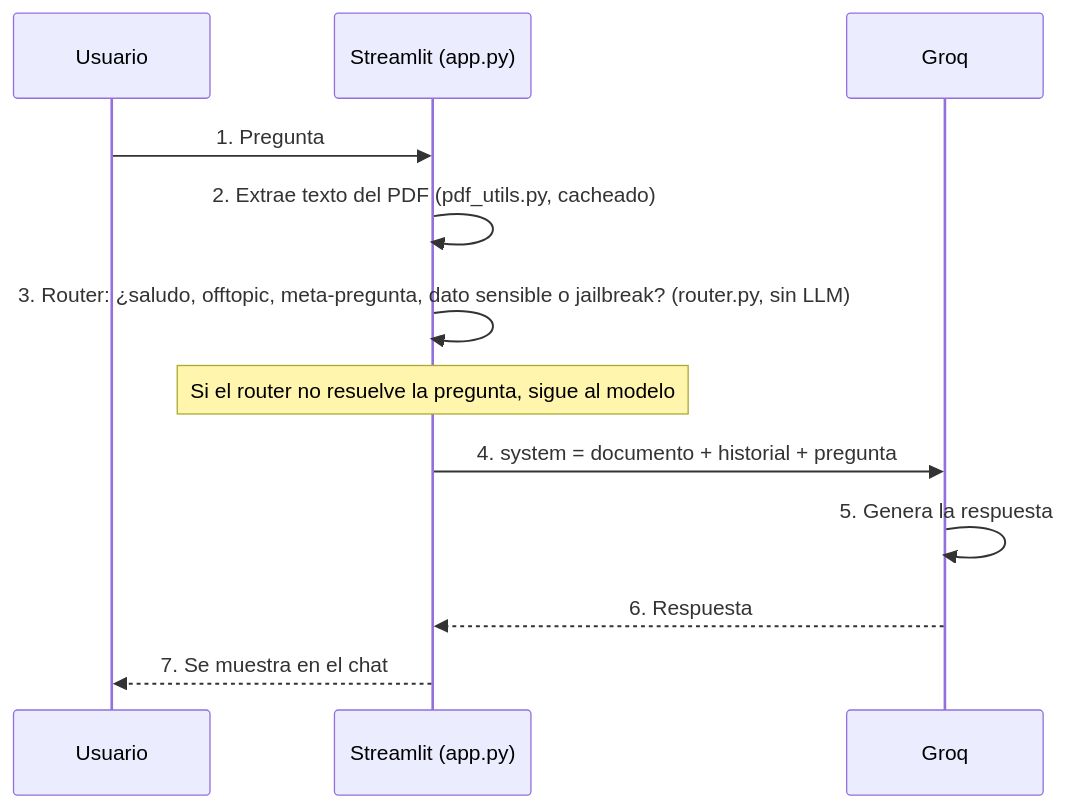
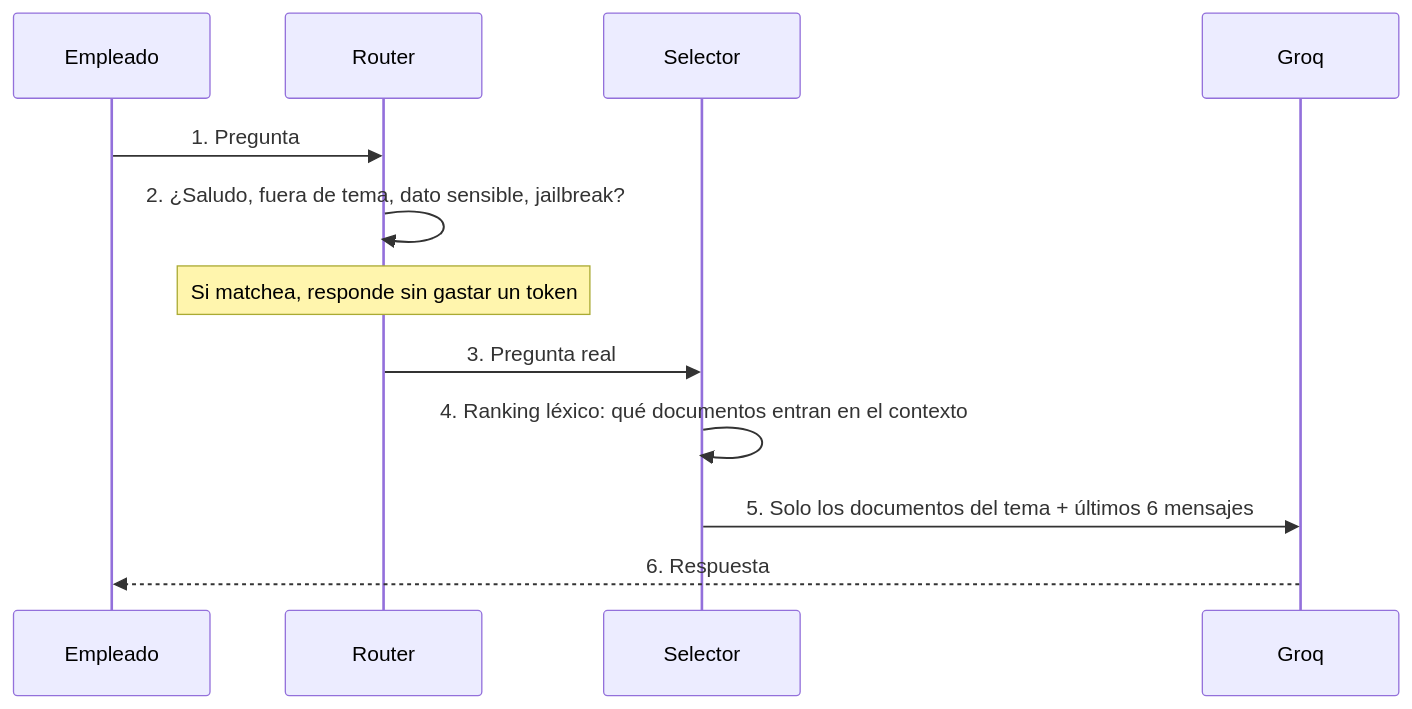
The diagram in README.md (joaquinalejandroguzman/cotejo), drawn with Mermaid before and after one commit. The commit also changed other lines of this file and 18 other files, not shown here.

````diff
--- a/README.md
+++ b/README.md
@@ -41,15 +55,15 @@
 ```mermaid
 sequenceDiagram
-    participant U as Usuario
-    participant S as Streamlit (app.py)
+    participant U as Empleado
+    participant R as Router
+    participant S as Selector
     participant G as Groq
 
-    U->>S: 1. Pregunta
-    S->>S: 2. Extrae texto del PDF (pdf_utils.py, cacheado)
-    S->>S: 3. Router: ¿saludo, offtopic, meta-pregunta, dato sensible o jailbreak? (router.py, sin LLM)
-    Note over S: Si el router no resuelve la pregunta, sigue al modelo
-    S->>G: 4. system = documento + historial + pregunta
-    G->>G: 5. Genera la respuesta
-    G-->>S: 6. Respuesta
-    S-->>U: 7. Se muestra en el chat
+    U->>R: 1. Pregunta
+    R->>R: 2. ¿Saludo, fuera de tema, dato sensible, jailbreak?
+    Note over R: Si matchea, responde sin gastar un token
+    R->>S: 3. Pregunta real
+    S->>S: 4. Ranking léxico: qué documentos entran en el contexto
+    S->>G: 5. Solo los documentos del tema + últimos 6 mensajes
+    G-->>U: 6. Respuesta
 ```
````
